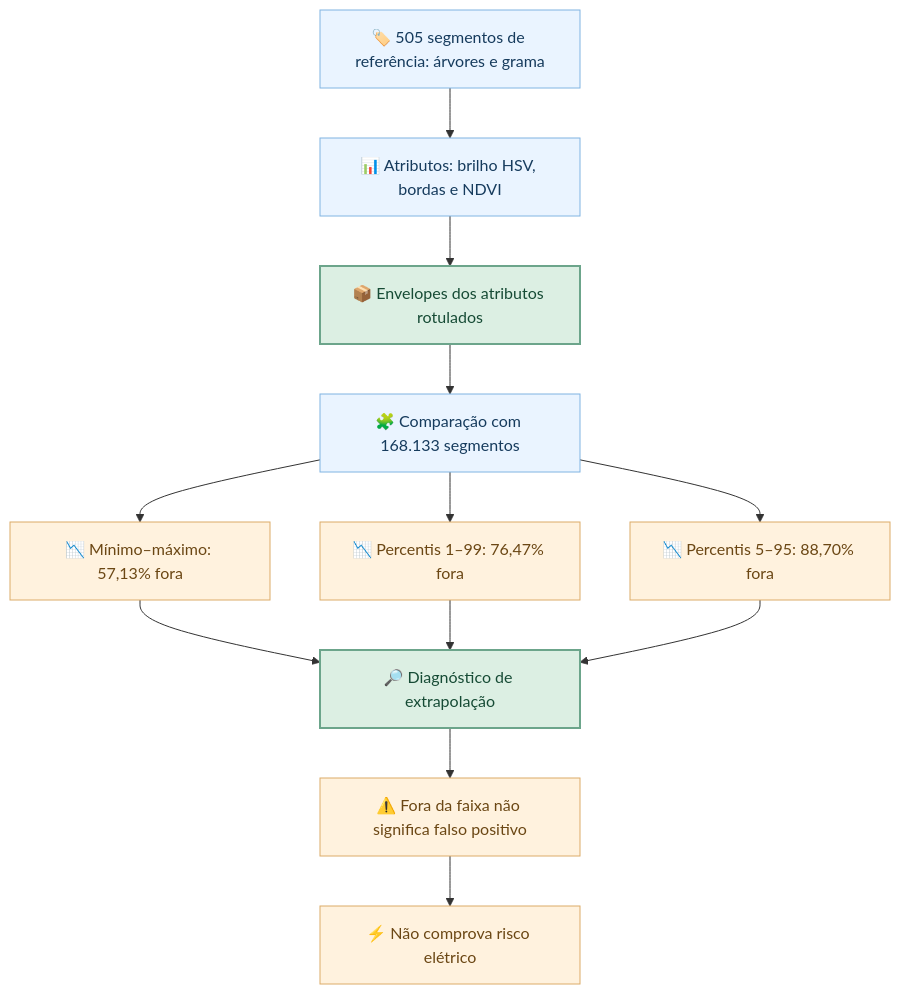
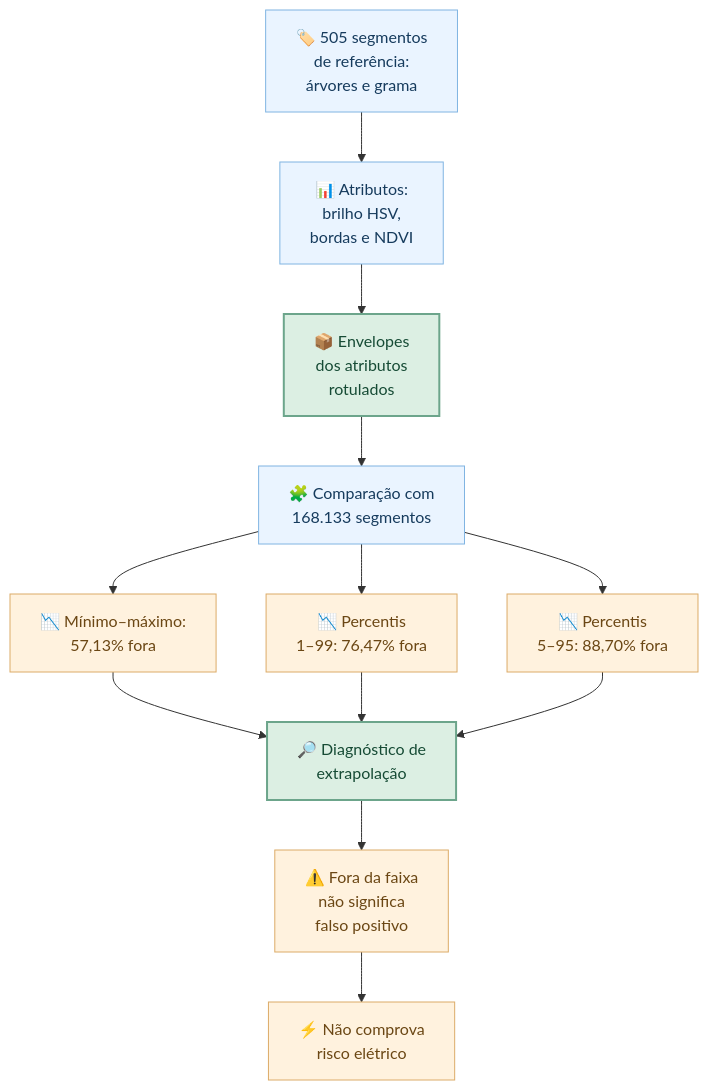
One commit to BrenoBragaGalvao/mestrado-arvores-urbanas changed the fifth of 5 diagrams in README.md. Above: the diagram before and after it, drawn with Mermaid. The commit also changed other lines of this file, not shown here.

Commit message:
fix(readme): quebrar labels de todos os fluxogramas Mermaid para evitar texto cortado

````diff
--- a/README.md
+++ b/README.md
@@ -381,21 +381,21 @@
 ```mermaid
 flowchart TD
-    A["🏷️ 505 segmentos de referência: árvores e grama"] --> B["📊 Atributos: brilho HSV, bordas e NDVI"]
-    B --> C["📦 Envelopes dos atributos rotulados"]
-    C --> D["🧩 Comparação com 168.133 segmentos"]
-    D --> E["📉 Mínimo–máximo: 57,13% fora"]
-    D --> F["📉 Percentis 1–99: 76,47% fora"]
-    D --> G["📉 Percentis 5–95: 88,70% fora"]
-    E --> H["🔎 Diagnóstico de extrapolação"]
+    A["🏷️ 505 segmentos<br/>de referência:<br/>árvores e grama"] --> B["📊 Atributos:<br/>brilho HSV,<br/>bordas e NDVI"]
+    B --> C["📦 Envelopes<br/>dos atributos<br/>rotulados"]
+    C --> D["🧩 Comparação com<br/>168.133 segmentos"]
+    D --> E["📉 Mínimo–máximo:<br/>57,13% fora"]
+    D --> F["📉 Percentis<br/>1–99: 76,47% fora"]
+    D --> G["📉 Percentis<br/>5–95: 88,70% fora"]
+    E --> H["🔎 Diagnóstico de<br/>extrapolação"]
     F --> H
     G --> H
-    H --> I["⚠️ Fora da faixa não significa falso positivo"]
-    I --> J["⚡ Não comprova risco elétrico"]
+    H --> I["⚠️ Fora da faixa<br/>não significa<br/>falso positivo"]
+    I --> J["⚡ Não comprova<br/>risco elétrico"]
 
     classDef entrada fill:#eaf4ff,stroke:#80b4e2,color:#163b5d,stroke-width:1px;
     classDef processo fill:#dcefe3,stroke:#6ca58b,color:#164b35,stroke-width:2px;
     classDef resultado fill:#fff2de,stroke:#dcab68,color:#6b4714,stroke-width:1px;
     class A,B,D entrada;
     class C,H processo;
     class E,F,G,I,J resultado;
 ```
````
